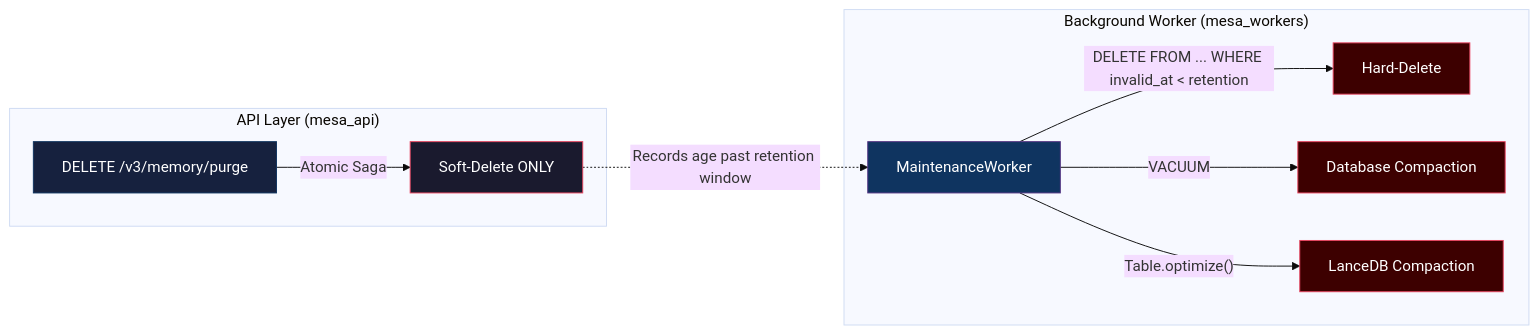
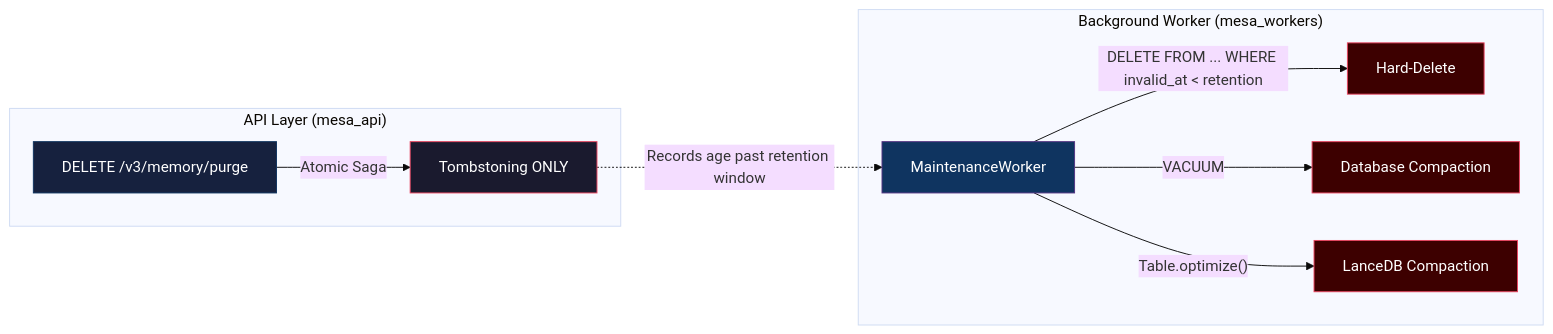
One commit to Yasou13/MESA changed the second of 5 diagrams in ARCHITECTURE.md. Above: the diagram before and after it, drawn with Mermaid (base theme). The commit also changed other lines of this file and 2 other files, not shown here.

Commit message:
docs: synchronize README and ARCHITECTURE with v0.5.1 triple-storage architecture

````diff
--- a/ARCHITECTURE.md
+++ b/ARCHITECTURE.md
@@ -182,21 +182,21 @@
 ```mermaid
 graph LR
     subgraph "API Layer (mesa_api)"
-        A["DELETE /v3/memory/purge"] -->|"Atomic Saga"| B["Soft-Delete ONLY"]
+        A["DELETE /v3/memory/purge"] -->|"Atomic Saga"| B["Tombstoning ONLY"]
     end
 
     subgraph "Background Worker (mesa_workers)"
         C["MaintenanceWorker"] -->|"DELETE FROM ... WHERE invalid_at < retention"| D["Hard-Delete"]
         C -->|"VACUUM"| E["Database Compaction"]
         C -->|"Table.optimize()"| F["LanceDB Compaction"]
     end
 
     B -.->|"Records age past retention window"| C
 
     style A fill:#16213e,stroke:#0f3460,color:#fff
     style B fill:#1a1a2e,stroke:#e94560,color:#fff
     style C fill:#0f3460,stroke:#533483,color:#fff
     style D fill:#3d0000,stroke:#e94560,color:#fff
     style E fill:#3d0000,stroke:#e94560,color:#fff
     style F fill:#3d0000,stroke:#e94560,color:#fff
 ```
````
